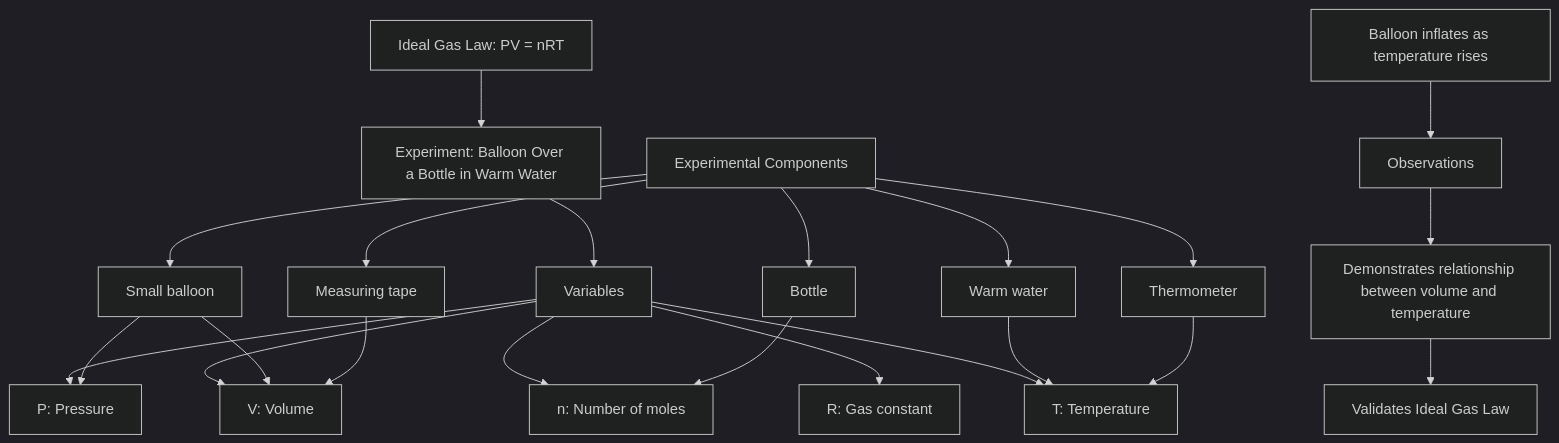
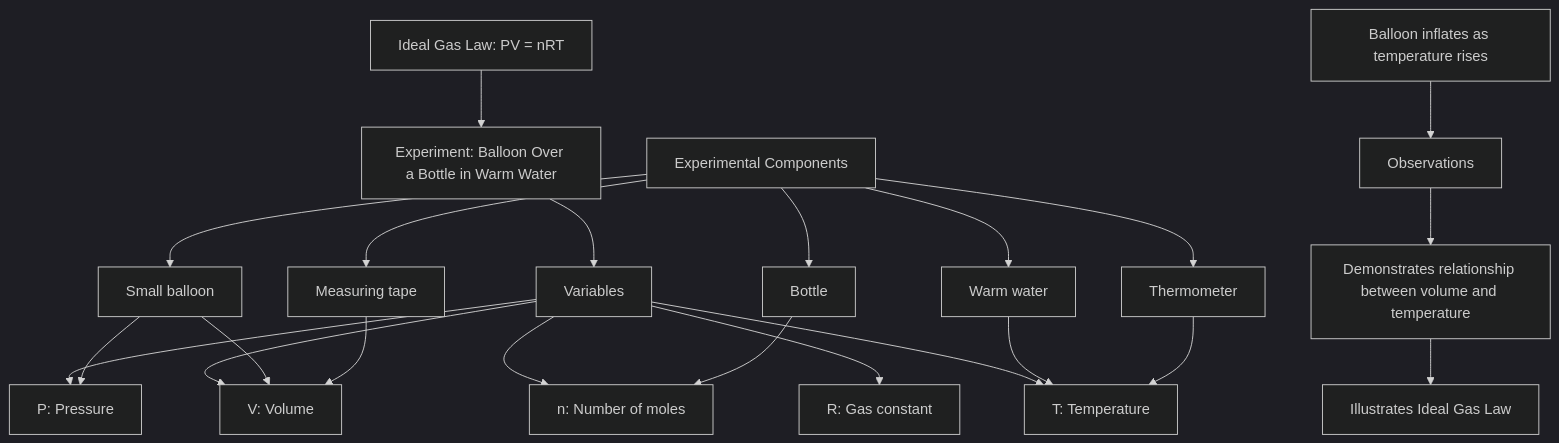
One commit to Josh-XT/math changed the third of 35 diagrams in README.md. Above: the diagram before and after it, drawn with Mermaid (dark theme). The commit also changed other lines of this file, not shown here.

````diff
--- a/README.md
+++ b/README.md
@@ -511,29 +513,29 @@
 ```mermaid
 graph TD
     A["Ideal Gas Law: PV = nRT"] --> B["Experiment: Balloon Over a Bottle in Warm Water"]
     B --> C["Variables"]
     C --> D["P: Pressure"]
     C --> E["V: Volume"]
     C --> F["n: Number of moles"]
     C --> G["R: Gas constant"]
     C --> H["T: Temperature"]
     
     I["Experimental Components"] --> J["Small balloon"]
     I --> K["Bottle"]
     I --> L["Warm water"]
     I --> M["Measuring tape"]
     I --> N["Thermometer"]
     
     J --> D
     J --> E
     K --> F
     L --> H
     M --> E
     N --> H
     
     O["Observations"]
     P["Balloon inflates as temperature rises"] --> O
     
     O --> Q["Demonstrates relationship between volume and temperature"]
-    Q --> R["Validates Ideal Gas Law"]
+    Q --> R["Illustrates Ideal Gas Law"]
 ```
````
